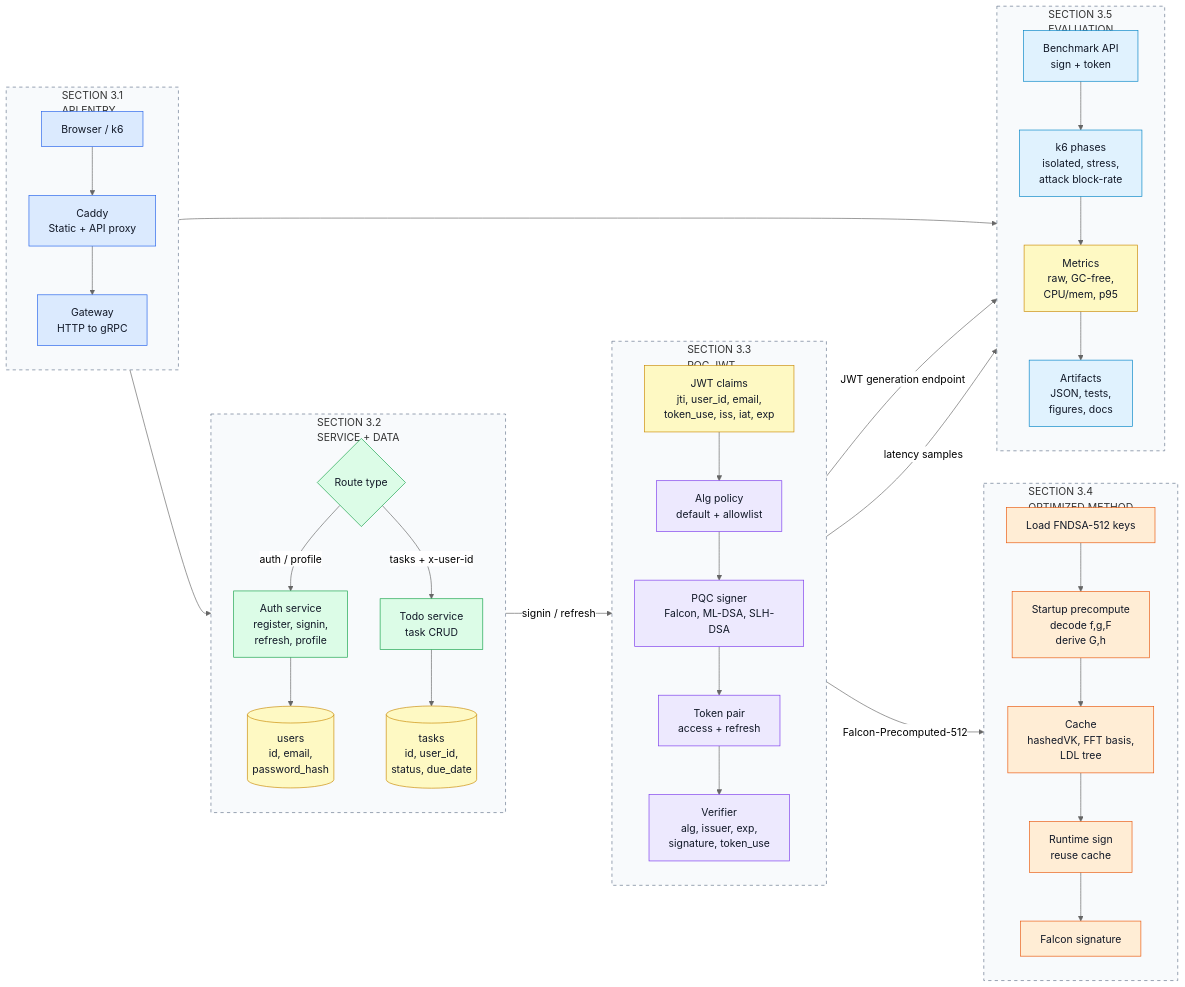
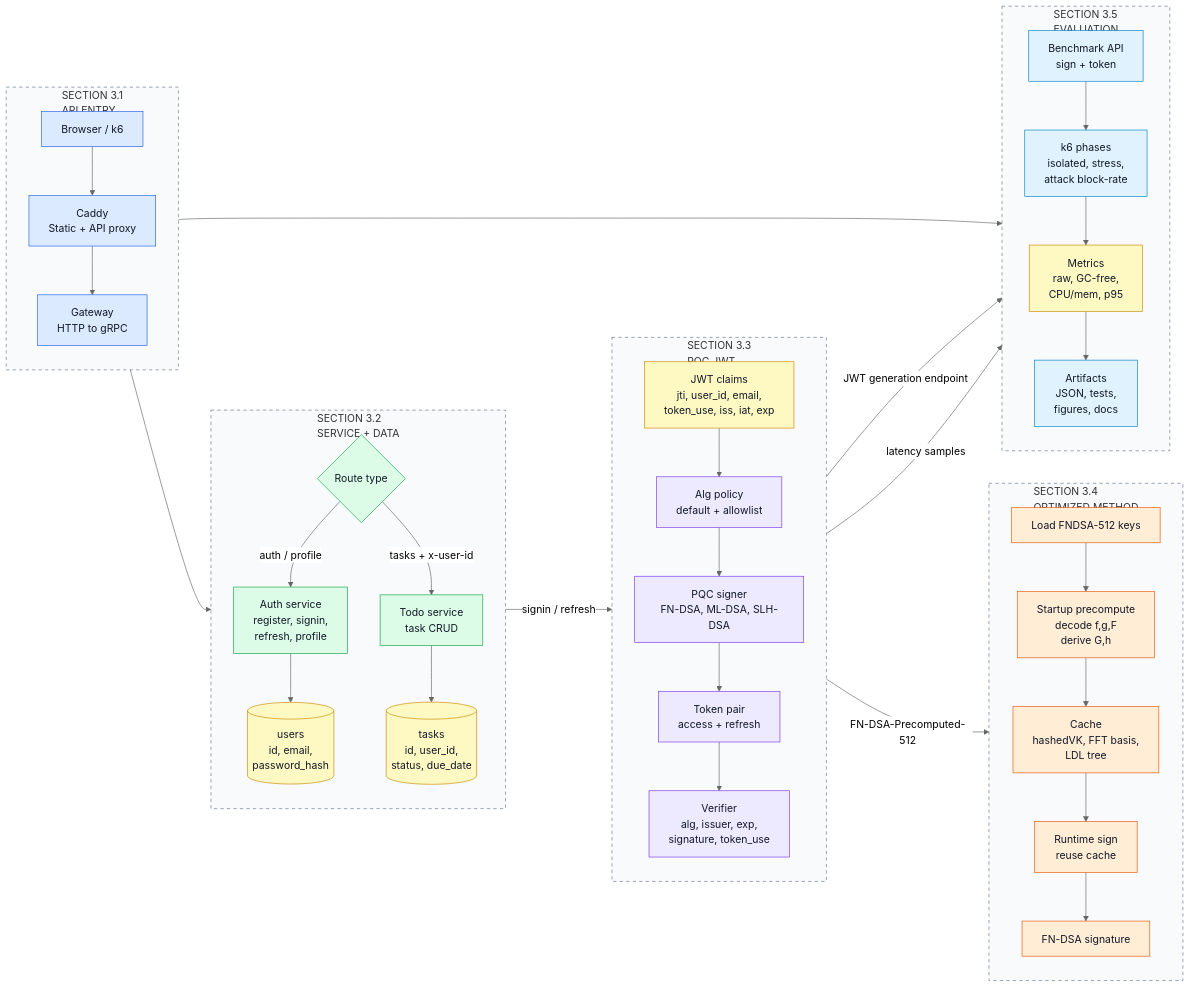
Before and after one commit to ridwanmuh3/tasktify: the first of 8 diagrams in docs/research-system-architecture.md, drawn with Mermaid (neutral theme). The commit also changed other lines of this file and 51 other files, not shown here.

```diff
--- a/docs/research-system-architecture.md
+++ b/docs/research-system-architecture.md
@@ -35,7 +35,7 @@
     direction TB
     claims["JWT claims<br/>jti, user_id, email,<br/>token_use, iss, iat, exp"]
     alg_policy["Alg policy<br/>default + allowlist"]
-    signer["PQC signer<br/>Falcon, ML-DSA, SLH-DSA"]
+    signer["PQC signer<br/>FN-DSA, ML-DSA, SLH-DSA"]
     token_pair["Token pair<br/>access + refresh"]
     verifier["Verifier<br/>alg, issuer, exp,<br/>signature, token_use"]
 
@@ -51,7 +51,7 @@
     precompute["Startup precompute<br/>decode f,g,F<br/>derive G,h"]
     cache["Cache<br/>hashedVK, FFT basis,<br/>LDL tree"]
     runtime_sign["Runtime sign<br/>reuse cache"]
-    signature["Falcon signature"]
+    signature["FN-DSA signature"]
 
     key_load --> precompute
     precompute --> cache
@@ -74,7 +74,7 @@
   gateway --> route_type
   gateway --> bench_api
   auth_svc -->|"signin / refresh"| claims
-  signer -->|"Falcon-Precomputed-512"| key_load
+  signer -->|"FN-DSA-Precomputed-512"| key_load
   signer -->|"JWT generation endpoint"| bench_api
   signer -->|"latency samples"| metrics
 
```
